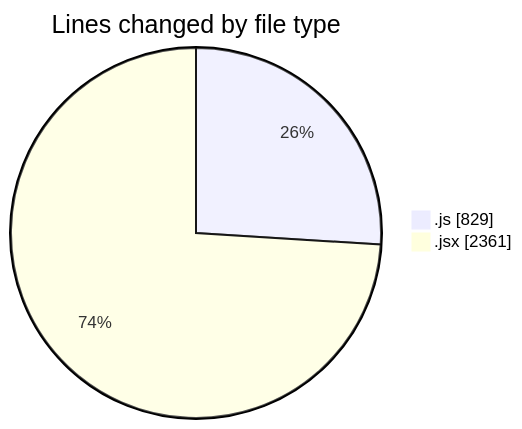
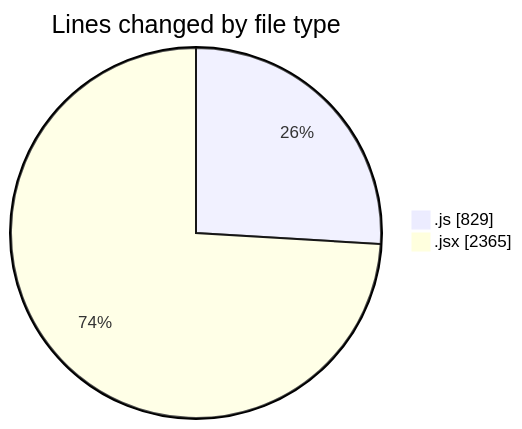
The first of 2 diagrams in 2025-10-29/nxtqube_webapp/README.md (nxtqubesakshisongat/code-tracking), drawn with Mermaid before and after one commit. The commit also changed other lines of this file and 1 other file, not shown here.

````diff
--- a/2025-10-29/nxtqube_webapp/README.md
+++ b/2025-10-29/nxtqube_webapp/README.md
@@ -23,6 +23,6 @@
 ```mermaid
 pie showData
 title Lines changed by file type
 ".js" : 829
-".jsx" : 2361
+".jsx" : 2365
 ```
````
